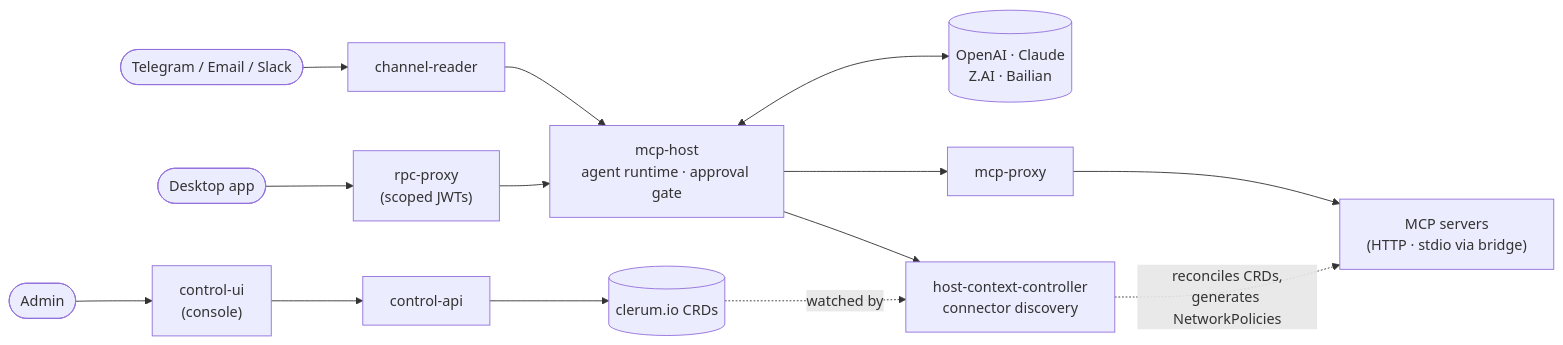
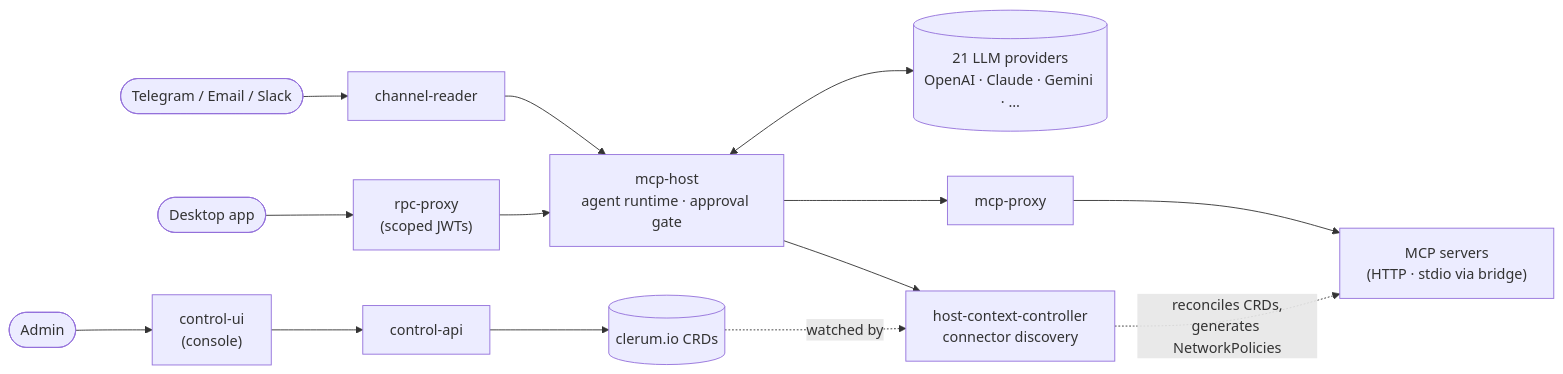
One commit to evenfire-ai/evenfire changed the second of 2 diagrams in README.md. Above: the diagram before and after it, drawn with Mermaid. The commit also changed other lines of this file, not shown here.

First line of the commit message:
docs(readme): list all 21 supported LLM providers

````diff
--- a/README.md
+++ b/README.md
@@ -210,14 +210,14 @@
 ```mermaid
 flowchart LR
     TG([Telegram / Email / Slack]) --> CR[channel-reader]
     DA([Desktop app]) --> RP["rpc-proxy<br/>(scoped JWTs)"]
     ADM([Admin]) --> CU["control-ui<br/>(console)"] --> CAPI["control-api"]
     CAPI --> CRDS[("clerum.io CRDs")]
     CR --> MH["mcp-host<br/>agent runtime · approval gate"]
     RP --> MH
-    MH <--> LLM[("OpenAI · Claude<br/>Z.AI · Bailian")]
+    MH <--> LLM[("21 LLM providers<br/>OpenAI · Claude · Gemini · …")]
     MH --> HCC["host-context-controller<br/>connector discovery"]
     MH --> MP[mcp-proxy] --> MCP["MCP servers<br/>(HTTP · stdio via bridge)"]
     CRDS -.watched by.-> HCC
     HCC -. "reconciles CRDs,<br/>generates NetworkPolicies" .-> MCP
 ```
````
